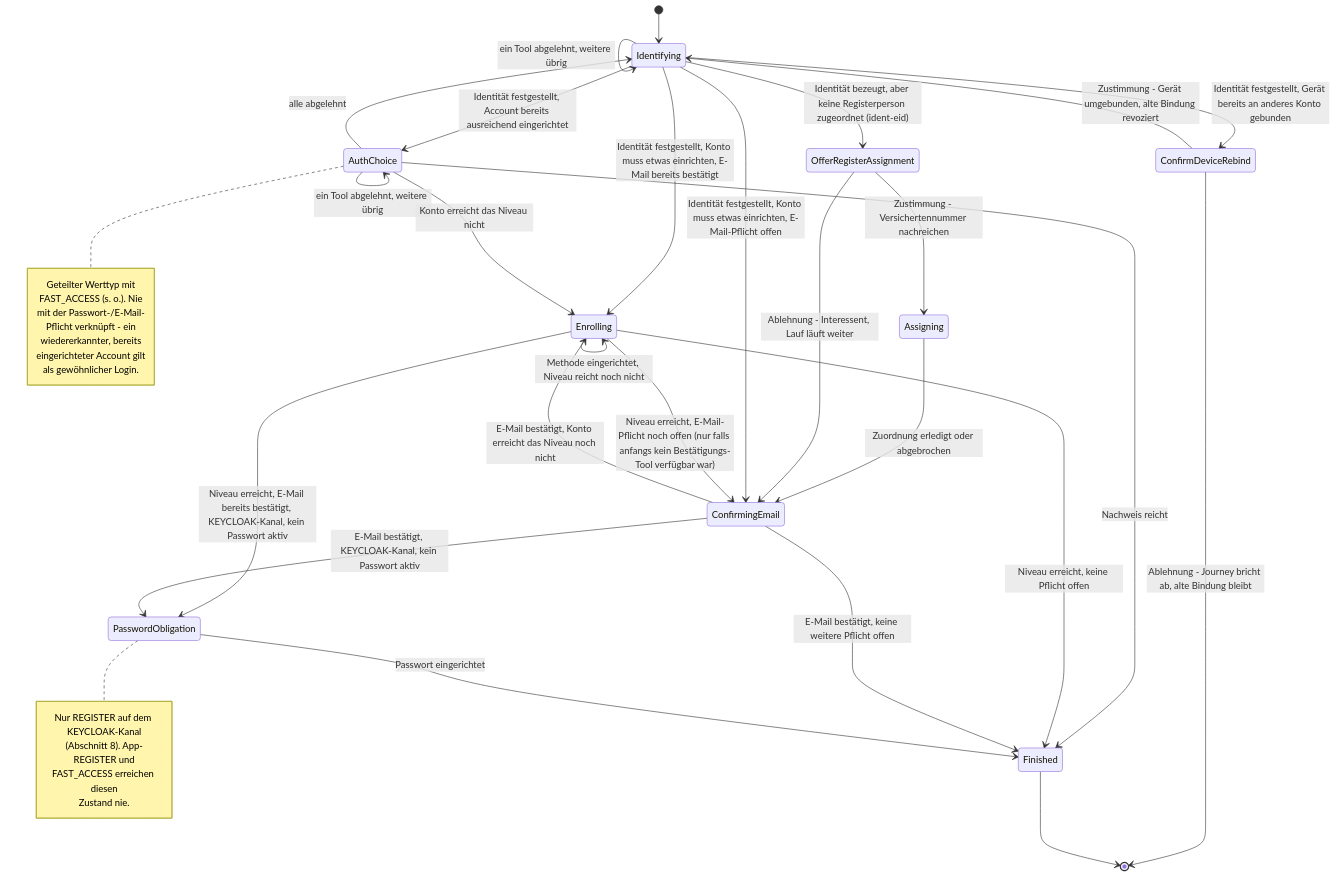
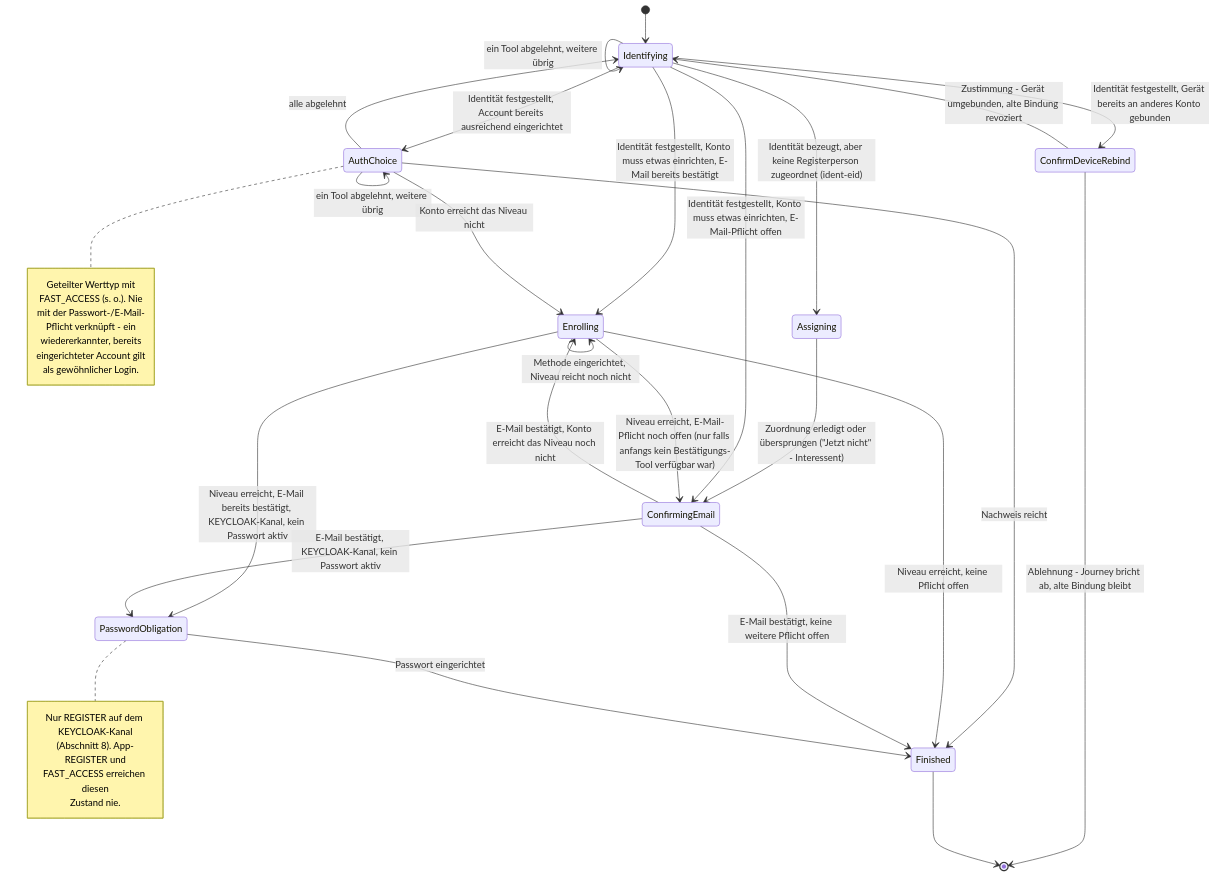
Before and after one commit to rpreissel/DPoP-demo: the fifth of 15 diagrams in docs/04-orchestrierung.md, drawn with Mermaid. The commit also changed other lines of this file and 12 other files, not shown here.

````diff
--- a/docs/04-orchestrierung.md
+++ b/docs/04-orchestrierung.md
@@ -355,44 +355,42 @@
 ```mermaid
 stateDiagram-v2
   [*] --> Identifying
   Identifying --> Identifying: ein Tool abgelehnt, weitere übrig
   Identifying --> ConfirmDeviceRebind: Identität festgestellt, Gerät bereits an anderes Konto gebunden
   ConfirmDeviceRebind --> Identifying: Zustimmung - Gerät umgebunden, alte Bindung revoziert
   ConfirmDeviceRebind --> [*]: Ablehnung - Journey bricht ab, alte Bindung bleibt
   Identifying --> AuthChoice: Identität festgestellt, Account bereits ausreichend eingerichtet
-  Identifying --> OfferRegisterAssignment: Identität bezeugt, aber keine Registerperson zugeordnet (ident-eid)
-  OfferRegisterAssignment --> Assigning: Zustimmung - Versichertennummer nachreichen
-  Assigning --> ConfirmingEmail: Zuordnung erledigt oder abgebrochen
-  OfferRegisterAssignment --> ConfirmingEmail: Ablehnung - Interessent, Lauf läuft weiter
+  Identifying --> Assigning: Identität bezeugt, aber keine Registerperson zugeordnet (ident-eid)
+  Assigning --> ConfirmingEmail: Zuordnung erledigt oder übersprungen ("Jetzt nicht" - Interessent)
   Identifying --> ConfirmingEmail: Identität festgestellt, Konto muss etwas einrichten, E-Mail-Pflicht offen
   Identifying --> Enrolling: Identität festgestellt, Konto muss etwas einrichten, E-Mail bereits bestätigt
   AuthChoice --> AuthChoice: ein Tool abgelehnt, weitere übrig
   AuthChoice --> Identifying: alle abgelehnt
   AuthChoice --> Finished: Nachweis reicht
   AuthChoice --> Enrolling: Konto erreicht das Niveau nicht
   ConfirmingEmail --> Enrolling: E-Mail bestätigt, Konto erreicht das Niveau noch nicht
   Enrolling --> Enrolling: Methode eingerichtet, Niveau reicht noch nicht
   Enrolling --> ConfirmingEmail: Niveau erreicht, E-Mail-Pflicht noch offen (nur falls anfangs kein Bestätigungs-Tool verfügbar war)
   Enrolling --> PasswordObligation: Niveau erreicht, E-Mail bereits bestätigt, KEYCLOAK-Kanal, kein Passwort aktiv
   Enrolling --> Finished: Niveau erreicht, keine Pflicht offen
   ConfirmingEmail --> PasswordObligation: E-Mail bestätigt, KEYCLOAK-Kanal, kein Passwort aktiv
   ConfirmingEmail --> Finished: E-Mail bestätigt, keine weitere Pflicht offen
   PasswordObligation --> Finished: Passwort eingerichtet
   Finished --> [*]
 
   note right of AuthChoice
     Geteilter Werttyp mit
     FAST_ACCESS (s. o.). Nie
     mit der Passwort-/E-Mail-
     Pflicht verknüpft - ein
     wiedererkannter, bereits
     eingerichteter Account gilt
     als gewöhnlicher Login.
   end note
   note right of PasswordObligation
     Nur REGISTER auf dem KEYCLOAK-Kanal
     (Abschnitt 8). App-REGISTER und
     FAST_ACCESS erreichen diesen
     Zustand nie.
   end note
 ```
````
